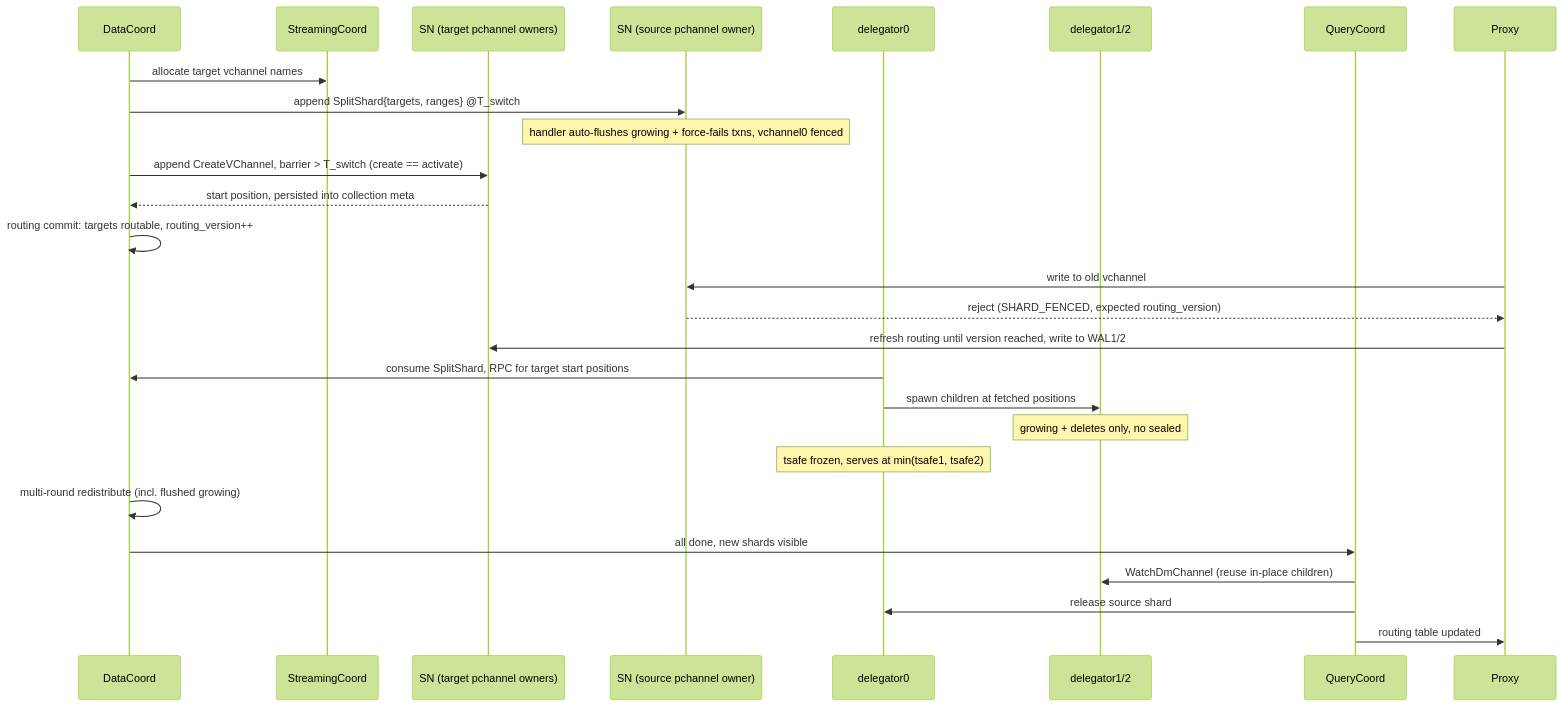
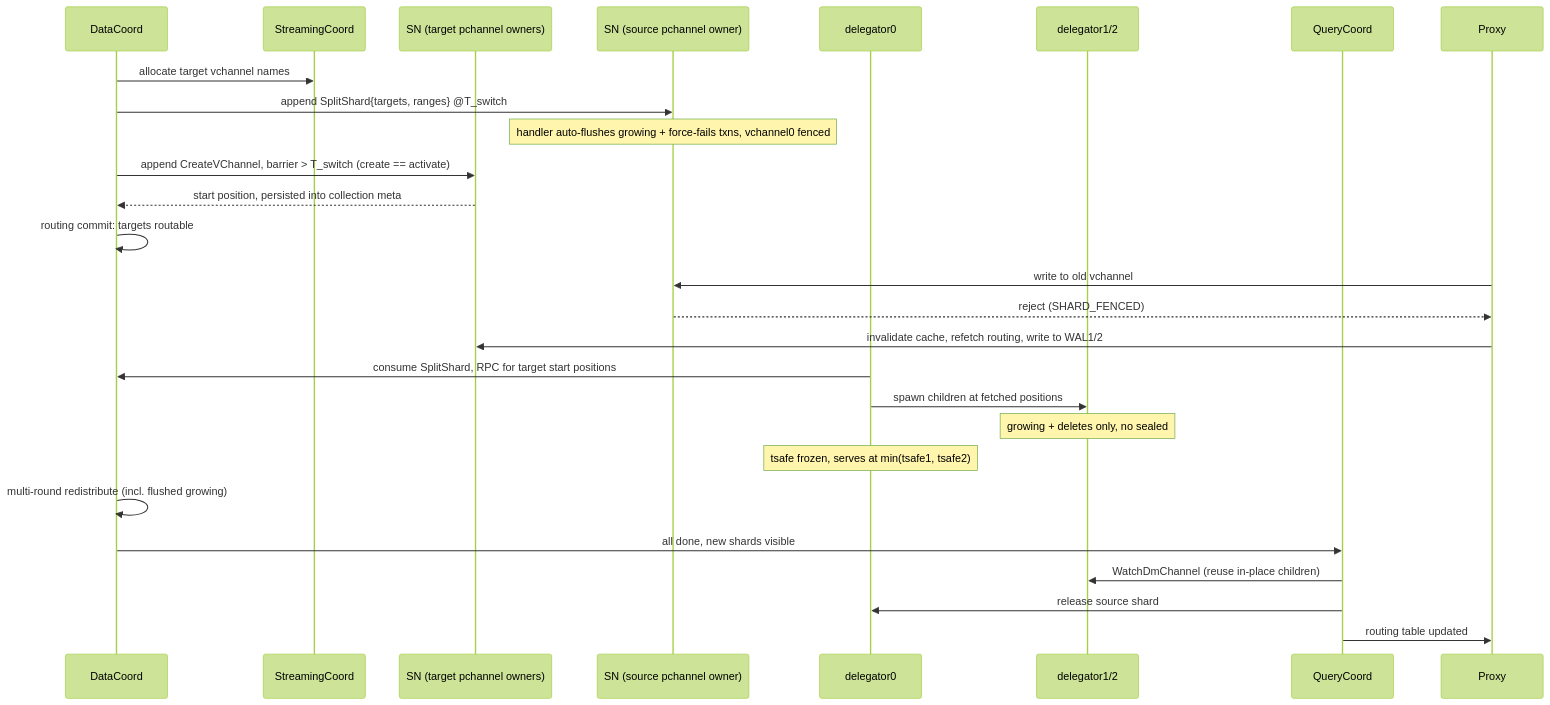
Before and after one commit to milvus-io/milvus: the second of 4 diagrams in docs/design-docs/design_docs/20260610-shard_split.md, drawn with Mermaid (forest theme). The commit also changed other lines of this file, not shown here.

First line of the commit message:
doc: drop routing_version; the write path uses reject-on-fence + refetch

````diff
--- a/docs/design-docs/design_docs/20260610-shard_split.md
+++ b/docs/design-docs/design_docs/20260610-shard_split.md
@@ -367,29 +368,29 @@
 ```mermaid
 sequenceDiagram
     participant DC as DataCoord
     participant SC as StreamingCoord
     participant SNT as SN (target pchannel owners)
     participant SN0 as SN (source pchannel owner)
     participant D0 as delegator0
     participant D12 as delegator1/2
     participant QC as QueryCoord
     participant PX as Proxy
     DC->>SC: allocate target vchannel names
     DC->>SN0: append SplitShard{targets, ranges} @T_switch
     Note over SN0: handler auto-flushes growing + force-fails txns, vchannel0 fenced
     DC->>SNT: append CreateVChannel, barrier > T_switch (create == activate)
     SNT-->>DC: start position, persisted into collection meta
-    DC->>DC: routing commit: targets routable, routing_version++
+    DC->>DC: routing commit: targets routable
     PX->>SN0: write to old vchannel
-    SN0-->>PX: reject (SHARD_FENCED, expected routing_version)
-    PX->>SNT: refresh routing until version reached, write to WAL1/2
+    SN0-->>PX: reject (SHARD_FENCED)
+    PX->>SNT: invalidate cache, refetch routing, write to WAL1/2
     D0->>DC: consume SplitShard, RPC for target start positions
     D0->>D12: spawn children at fetched positions
     Note over D12: growing + deletes only, no sealed
     Note over D0: tsafe frozen, serves at min(tsafe1, tsafe2)
     DC->>DC: multi-round redistribute (incl. flushed growing)
     DC->>QC: all done, new shards visible
     QC->>D12: WatchDmChannel (reuse in-place children)
     QC->>D0: release source shard
     QC->>PX: routing table updated
 ```
````
